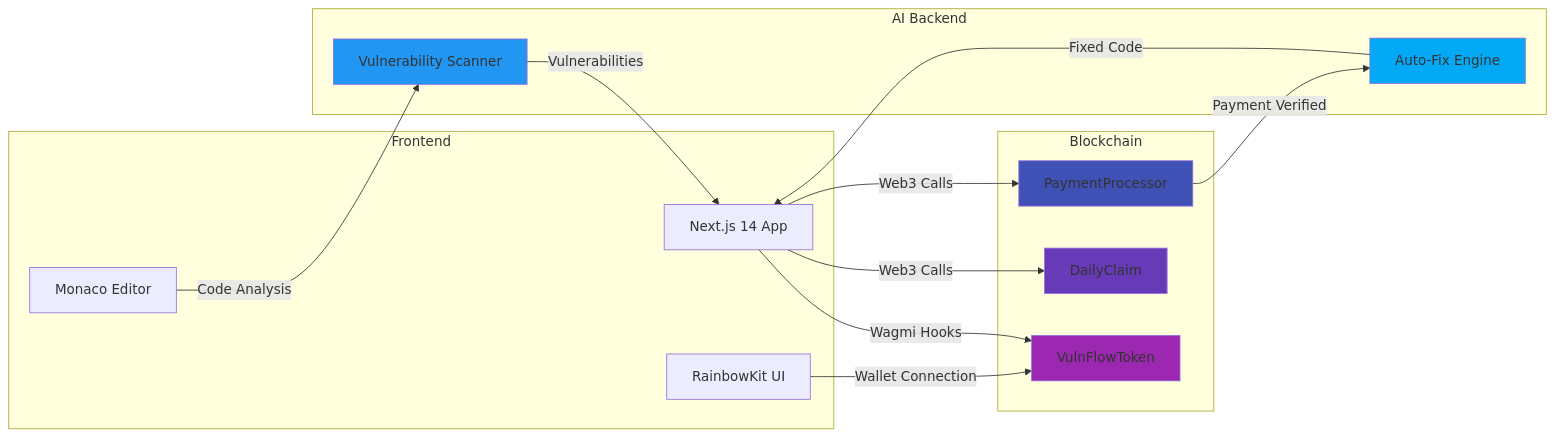
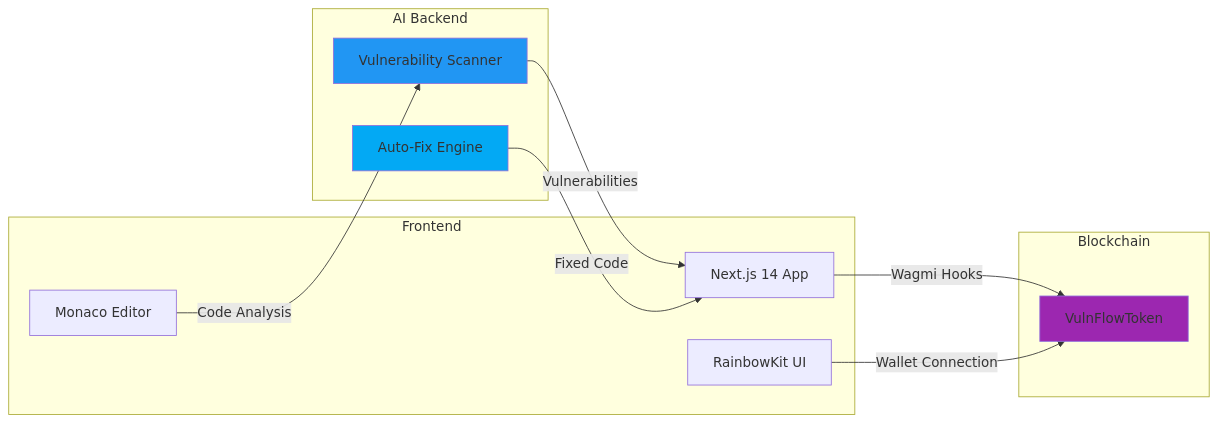
Before and after one commit to manjeetsharma0796/VulnFlow: the second of 3 diagrams in README.md, drawn with Mermaid. The commit also changed other lines of this file and 9 other files, not shown here.

````diff
--- a/README.md
+++ b/README.md
@@ -113,34 +106,27 @@
 ```mermaid
 graph LR
     subgraph Frontend
         A[Next.js 14 App]
         B[Monaco Editor]
         C[RainbowKit UI]
     end
     
     subgraph Blockchain
         D[VulnFlowToken]
-        E[DailyClaim]
-        F[PaymentProcessor]
     end
     
     subgraph AI Backend
         G[Vulnerability Scanner]
         H[Auto-Fix Engine]
     end
     
     A -->|Wagmi Hooks| D
-    A -->|Web3 Calls| E
-    A -->|Web3 Calls| F
     B -->|Code Analysis| G
     G -->|Vulnerabilities| A
-    F -->|Payment Verified| H
     H -->|Fixed Code| A
     C -->|Wallet Connection| D
     
     style D fill:#9c27b0
-    style E fill:#673ab7
-    style F fill:#3f51b5
     style G fill:#2196f3
     style H fill:#03a9f4
 ```
````
